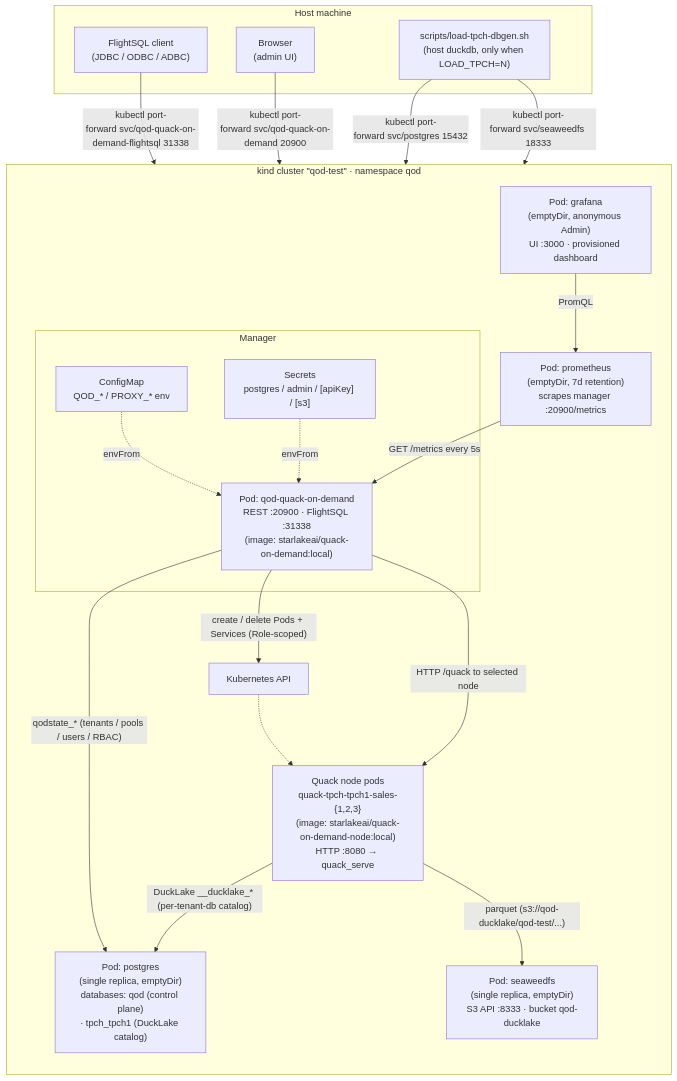
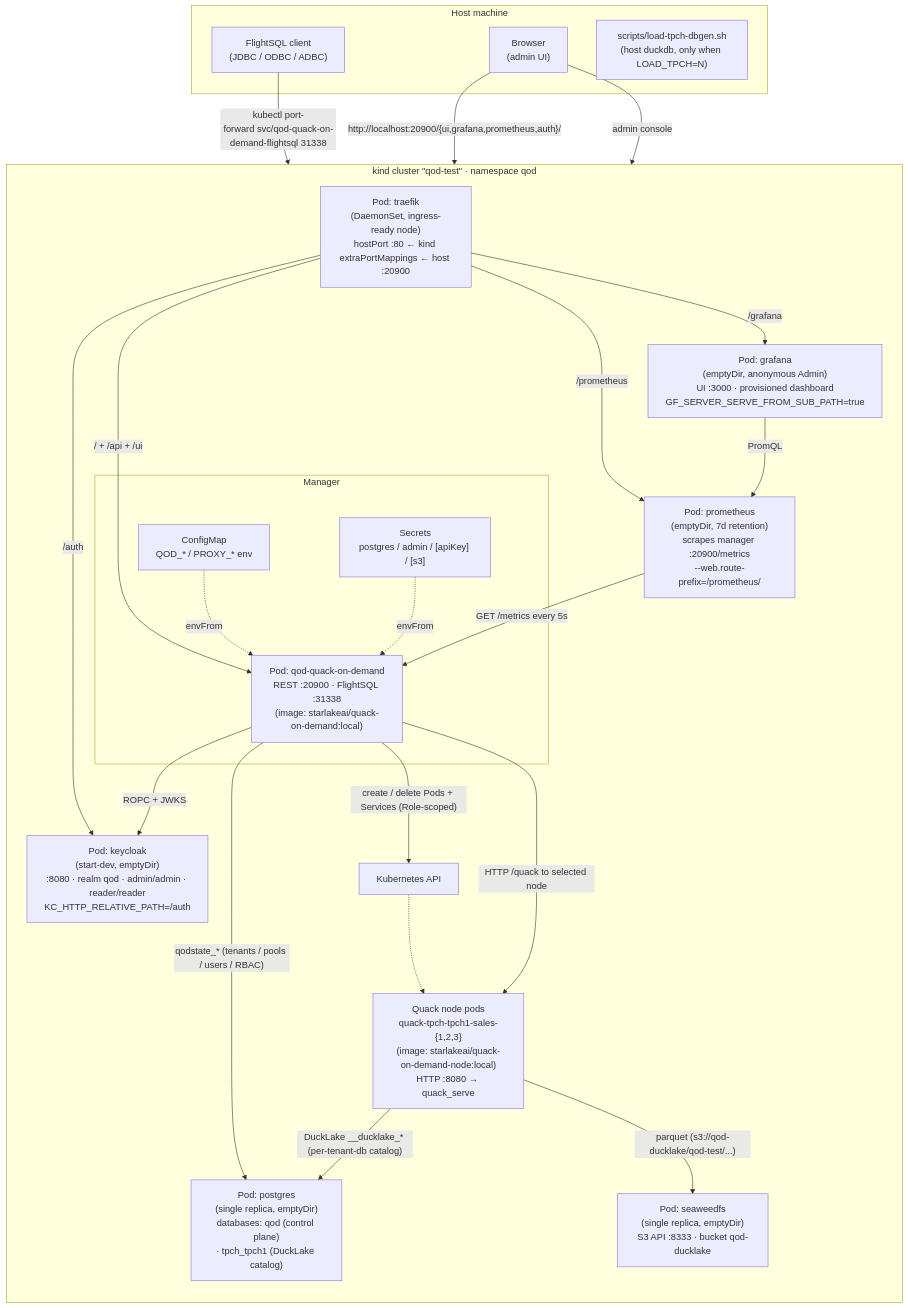
The second of 2 diagrams in charts/quack-on-demand/local-stack-k8s/README.md (starlake-ai/quack-on-demand), drawn with Mermaid before and after one commit. The commit also changed other lines of this file and 25 other files, not shown here.

First line of the commit message:
feat(local-stack-k8s): Keycloak, Traefik ingress on :20900, landing page, observability + arch diagram

````diff
--- a/charts/quack-on-demand/local-stack-k8s/README.md
+++ b/charts/quack-on-demand/local-stack-k8s/README.md
@@ -56,55 +73,65 @@
 ```mermaid
 flowchart TB
     subgraph host["Host machine"]
         client["FlightSQL client<br/>(JDBC / ODBC / ADBC)"]
         browser["Browser<br/>(admin UI)"]
         loadtpch["scripts/load-tpch-dbgen.sh<br/>(host duckdb, only when LOAD_TPCH=N)"]
     end
 
     subgraph kind["kind cluster &quot;qod-test&quot; · namespace qod"]
         direction TB
 
         subgraph manager_block["Manager"]
             manager["Pod: qod-quack-on-demand<br/>REST :20900 · FlightSQL :31338<br/>(image: starlakeai/quack-on-demand:local)"]
             cfg["ConfigMap<br/>QOD_* / PROXY_* env"]
             sec["Secrets<br/>postgres / admin / [apiKey] / [s3]"]
         end
 
         nodes["Quack node pods<br/>quack-tpch-tpch1-sales-{1,2,3}<br/>(image: starlakeai/quack-on-demand-node:local)<br/>HTTP :8080 → quack_serve"]
 
         pg["Pod: postgres<br/>(single replica, emptyDir)<br/>databases: qod (control plane)<br/>· tpch_tpch1 (DuckLake catalog)"]
         sw["Pod: seaweedfs<br/>(single replica, emptyDir)<br/>S3 API :8333 · bucket qod-ducklake"]
-        prom["Pod: prometheus<br/>(emptyDir, 7d retention)<br/>scrapes manager :20900/metrics"]
-        graf["Pod: grafana<br/>(emptyDir, anonymous Admin)<br/>UI :3000 · provisioned dashboard"]
+        prom["Pod: prometheus<br/>(emptyDir, 7d retention)<br/>scrapes manager :20900/metrics<br/>--web.route-prefix=/prometheus/"]
+        graf["Pod: grafana<br/>(emptyDir, anonymous Admin)<br/>UI :3000 · provisioned dashboard<br/>GF_SERVER_SERVE_FROM_SUB_PATH=true"]
+        kc["Pod: keycloak<br/>(start-dev, emptyDir)<br/>:8080 · realm qod · admin/admin · reader/reader<br/>KC_HTTP_RELATIVE_PATH=/auth"]
+        ingress["Pod: traefik<br/>(DaemonSet, ingress-ready node)<br/>hostPort :80 ← kind extraPortMappings ← host :20900"]
 
         kapi["Kubernetes API"]
     end
 
-    %% Client / operator traffic via short-lived port-forwards
+    %% Client / operator traffic
+    browser   -- "http://localhost:20900/{ui,grafana,prometheus,auth}/" --> ingress
     client    -- "kubectl port-forward&nbsp;svc/qod-quack-on-demand-flightsql 31338" --> manager
-    browser   -- "kubectl port-forward&nbsp;svc/qod-quack-on-demand 20900"          --> manager
-    loadtpch  -- "kubectl port-forward&nbsp;svc/postgres 15432"                     --> pg
-    loadtpch  -- "kubectl port-forward&nbsp;svc/seaweedfs 18333"                    --> sw
+
+    %% Ingress fan-out
+    ingress -- "/ + /api + /ui" --> manager
+    ingress -- "/grafana"       --> graf
+    ingress -- "/prometheus"    --> prom
+    ingress -- "/auth"          --> kc
 
     %% Config + secret injection
     cfg -. envFrom .-> manager
     sec -. envFrom .-> manager
 
     %% Manager - K8s control plane
     manager  -- "create / delete Pods + Services (Role-scoped)" --> kapi
     kapi -.-> nodes
 
     %% Manager - control plane DB
     manager -- "qodstate_* (tenants / pools / users / RBAC)" --> pg
 
     %% Statement routing
     manager -- "HTTP /quack to selected node" --> nodes
 
     %% Node - data plane
     nodes -- "DuckLake __ducklake_* (per-tenant-db catalog)" --> pg
     nodes -- "parquet (s3://qod-ducklake/qod-test/...)"      --> sw
 
     %% Observability
     prom -- "GET /metrics every 5s" --> manager
     graf -- "PromQL" --> prom
+
+    %% OIDC
+    manager -- "ROPC + JWKS" --> kc
+    browser -- "admin console" --> kc
 ```
````
